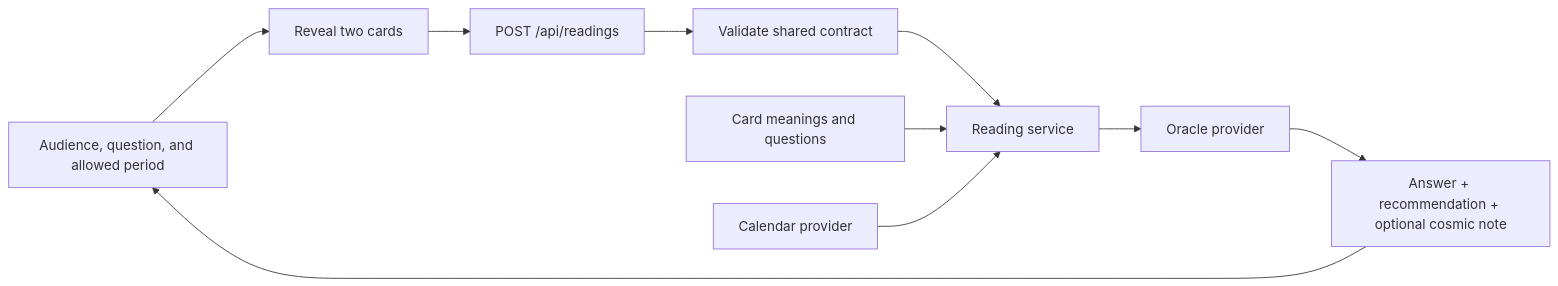
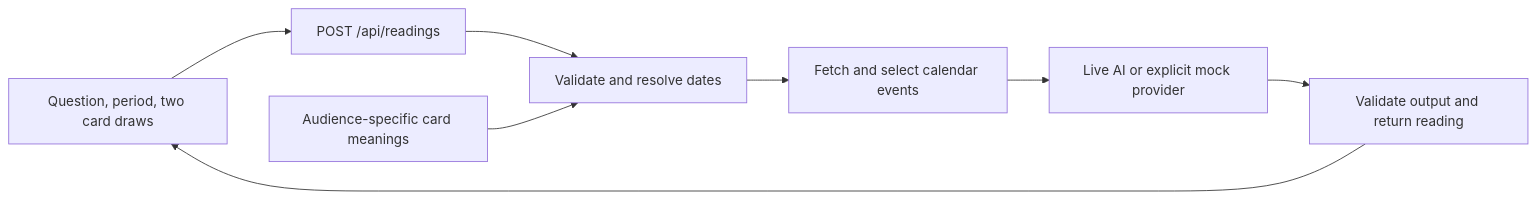
The diagram in docs/architecture.md (dariasolomina-oss/Hackathon-Malina-oct), drawn with Mermaid before and after one commit. The commit also changed other lines of this file and 13 other files, not shown here.

````diff
--- a/docs/architecture.md
+++ b/docs/architecture.md
@@ -15,12 +7,10 @@
 ```mermaid
 flowchart LR
-  UI[Audience, question, and allowed period] --> Deck[Reveal two cards]
-  Deck --> API[POST /api/readings]
-  API --> Validate[Validate shared contract]
-  Validate --> Service[Reading service]
-  Content[Card meanings and questions] --> Service
-  Calendar[Calendar provider] --> Service
-  Service --> Oracle[Oracle provider]
-  Oracle --> Result[Answer + recommendation + optional cosmic note]
+  UI[Question, period, two card draws] --> API[POST /api/readings]
+  API --> Service[Validate and resolve dates]
+  Cards[Audience-specific card meanings] --> Service
+  Service --> Calendar[Fetch and select calendar events]
+  Calendar --> Oracle[Live AI or explicit mock provider]
+  Oracle --> Result[Validate output and return reading]
   Result --> UI
 ```
````
